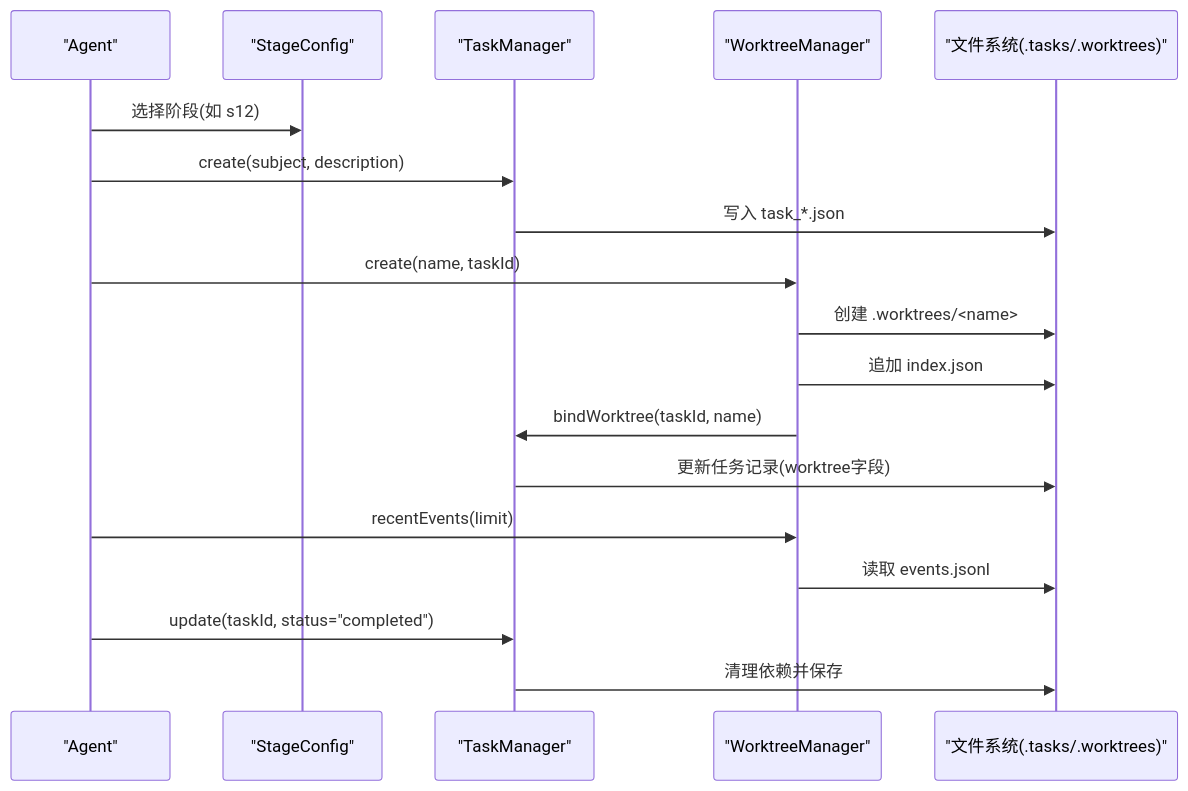
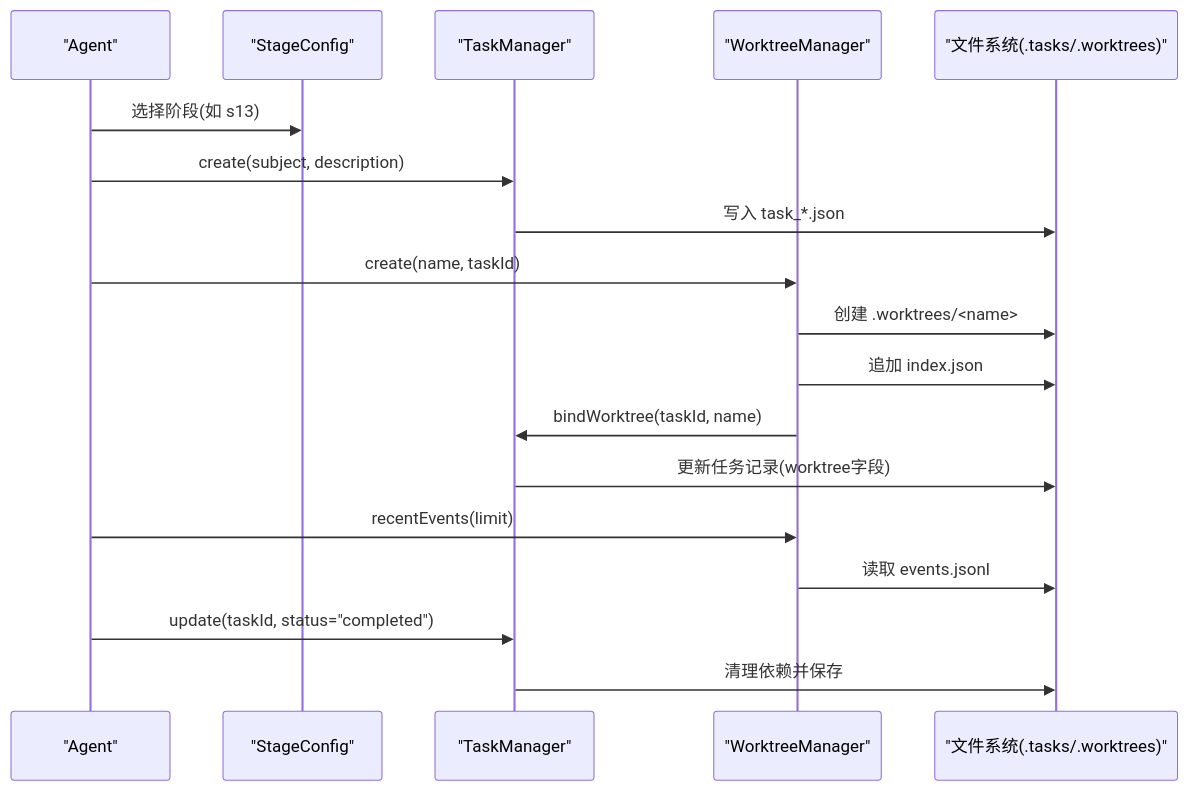
One commit to chenlds1994/learn-claude-code-java changed the second of 5 diagrams in .qoder/repowiki/zh/content/架构设计/组件关系与依赖/服务层关系/任务管理依赖.md. Above: the diagram before and after it, drawn with Mermaid. The commit also changed other lines of this file and 143 other files, not shown here.

First line of the commit message:
更新 repowiki 与 drawio 教程图至 17 阶段结构

````diff
--- a/.qoder/repowiki/zh/content/架构设计/组件关系与依赖/服务层关系/任务管理依赖.md
+++ b/.qoder/repowiki/zh/content/架构设计/组件关系与依赖/服务层关系/任务管理依赖.md
@@ -87,20 +87,20 @@
 ```mermaid
 sequenceDiagram
 participant Agent as "Agent"
 participant SC as "StageConfig"
 participant TM as "TaskManager"
 participant WM as "WorktreeManager"
 participant FS as "文件系统(.tasks/.worktrees)"
-Agent->>SC : 选择阶段(如 s12)
+Agent->>SC : 选择阶段(如 s13)
 Agent->>TM : create(subject, description)
 TM->>FS : 写入 task_*.json
 Agent->>WM : create(name, taskId)
 WM->>FS : 创建 .worktrees/<name>
 WM->>FS : 追加 index.json
 WM->>TM : bindWorktree(taskId, name)
 TM->>FS : 更新任务记录(worktree字段)
 Agent->>WM : recentEvents(limit)
 WM->>FS : 读取 events.jsonl
 Agent->>TM : update(taskId, status="completed")
 TM->>FS : 清理依赖并保存
 ```
````
